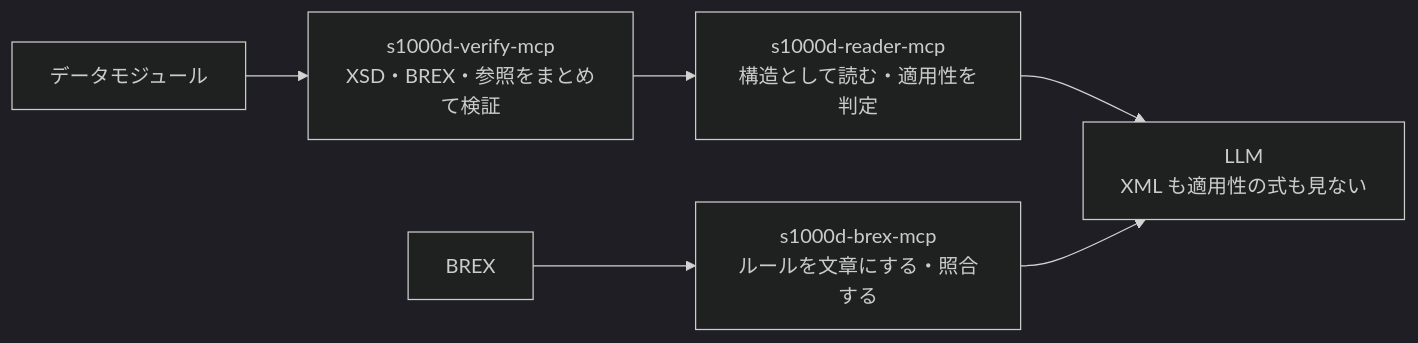
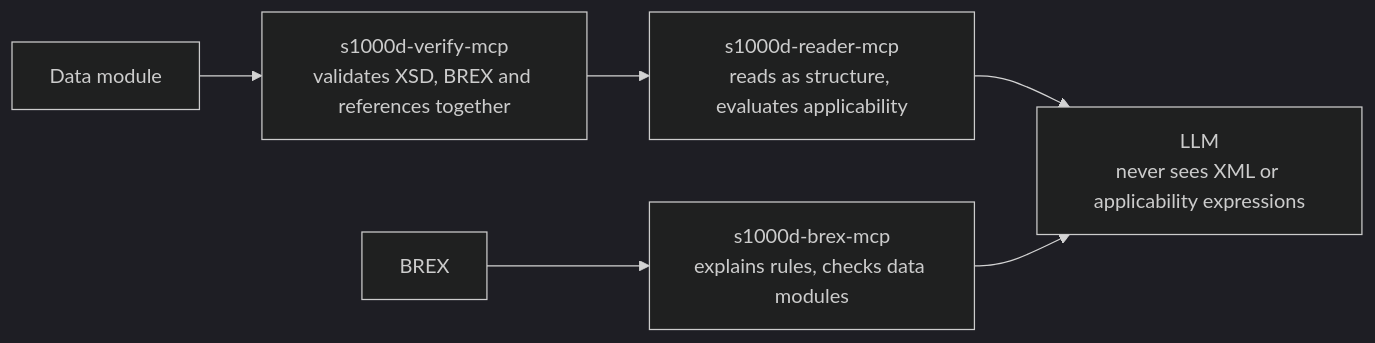
Before and after one commit to shuji-bonji/s1000d-stack: the diagram in site/src/content/docs/guide/overview.md, drawn with Mermaid (dark theme). The commit also changed other lines of this file and 35 other files, not shown here.

````diff
--- a/site/src/content/docs/guide/overview.md
+++ b/site/src/content/docs/guide/overview.md
@@ -18,8 +18,8 @@
 ```mermaid
 flowchart LR
-  BX["BREX"] --> B["s1000d-brex-mcp<br/>ルールを文章にする・照合する"]
-  DM["データモジュール"] --> V["s1000d-verify-mcp<br/>XSD・BREX・参照をまとめて検証"]
-  V --> R["s1000d-reader-mcp<br/>構造として読む・適用性を判定"]
-  R --> LLM["LLM<br/>XML も適用性の式も見ない"]
+  BX["BREX"] --> B["s1000d-brex-mcp<br/>explains rules, checks data modules"]
+  DM["Data module"] --> V["s1000d-verify-mcp<br/>validates XSD, BREX and references together"]
+  V --> R["s1000d-reader-mcp<br/>reads as structure, evaluates applicability"]
+  R --> LLM["LLM<br/>never sees XML or applicability expressions"]
   B --> LLM
 ```
````
